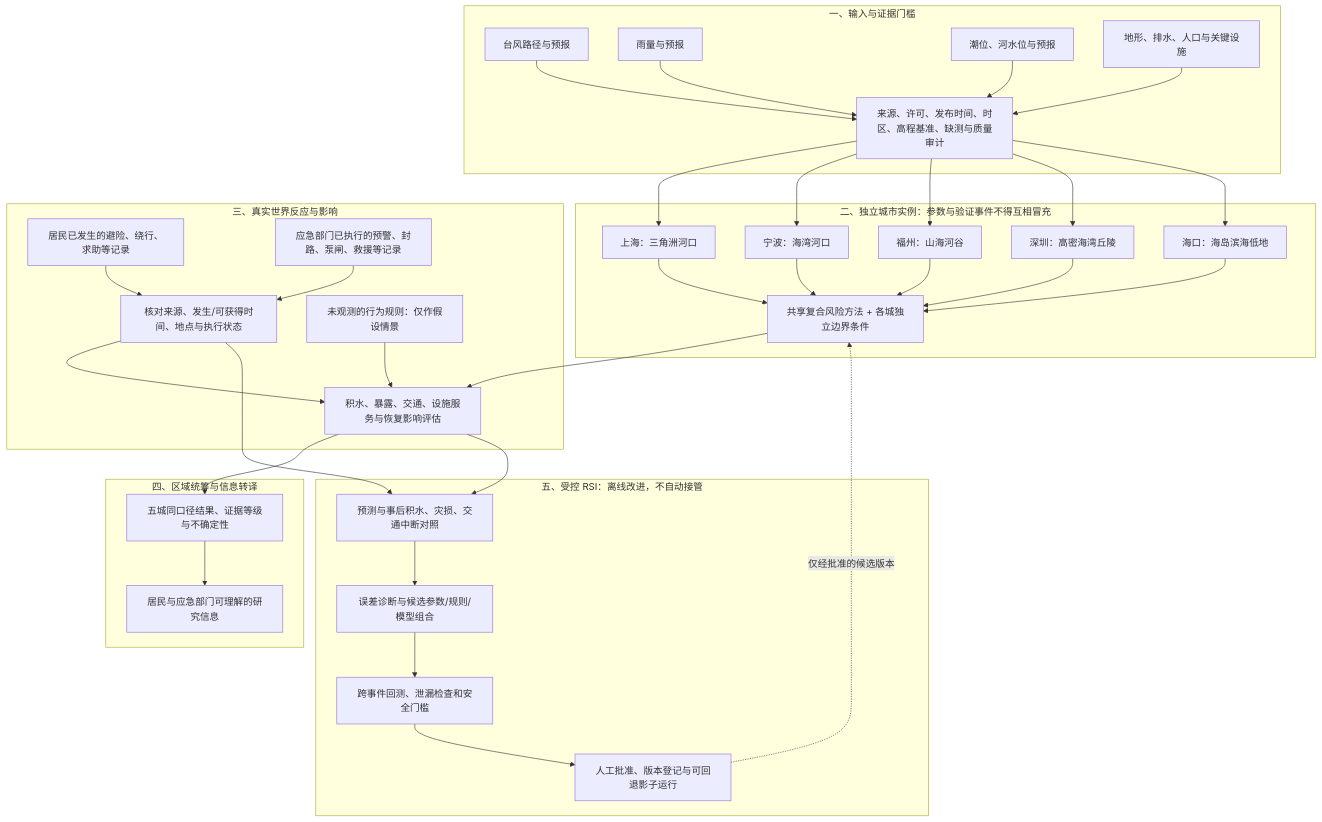
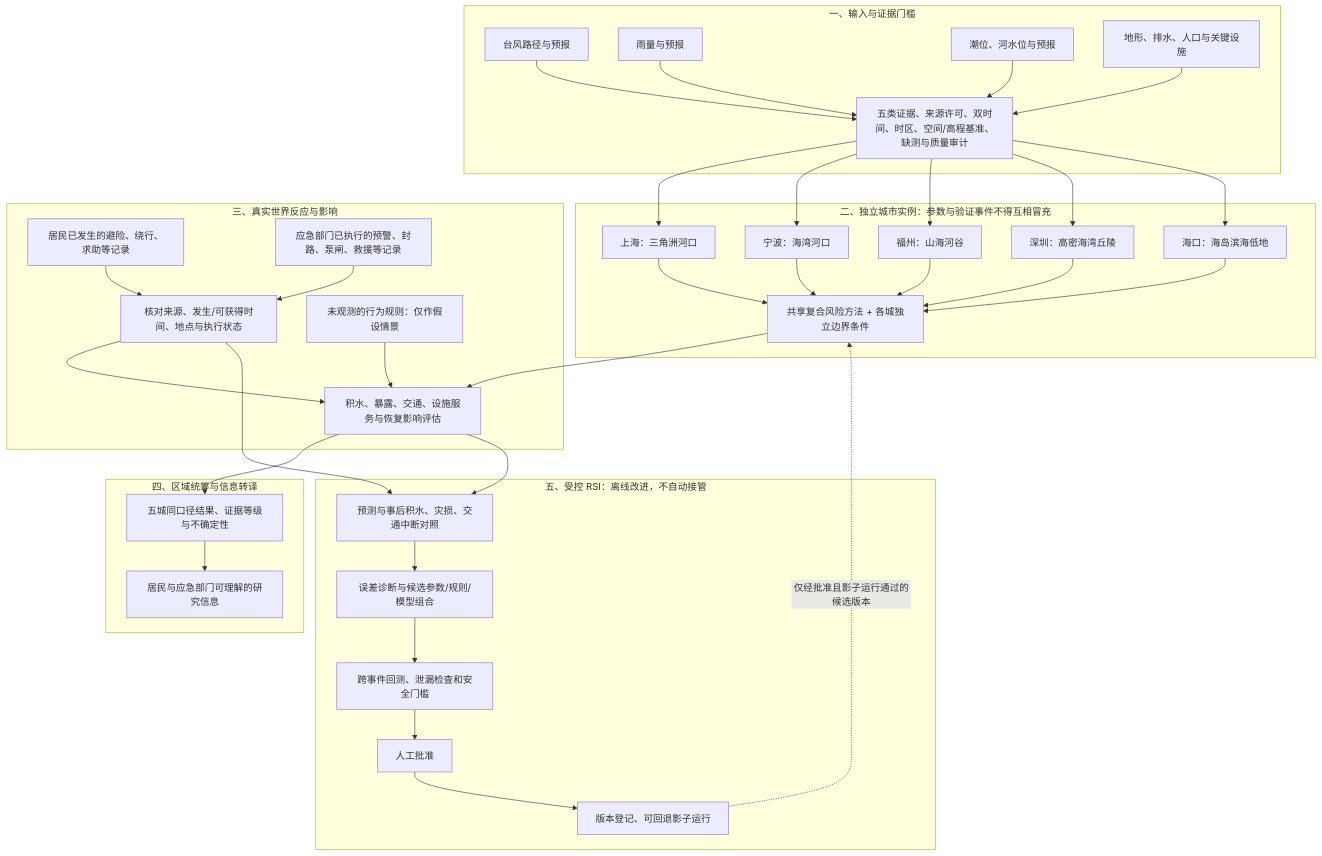
One commit to TenetJustin/cityos-flood changed the diagram in docs/SOUTHEAST_ARCHITECTURE.md. Above: the diagram before and after it, drawn with Mermaid. The commit also changed other lines of this file and 9 other files, not shown here.

````diff
--- a/docs/SOUTHEAST_ARCHITECTURE.md
+++ b/docs/SOUTHEAST_ARCHITECTURE.md
@@ -5,65 +5,66 @@
 ```mermaid
 flowchart TB
   subgraph DATA[一、输入与证据门槛]
     D1[台风路径与预报]
     D2[雨量与预报]
     D3[潮位、河水位与预报]
     D4[地形、排水、人口与关键设施]
-    Q[来源、许可、发布时间、时区、高程基准、缺测与质量审计]
+    Q[五类证据、来源许可、双时间、时区、空间/高程基准、缺测与质量审计]
     D1 --> Q
     D2 --> Q
     D3 --> Q
     D4 --> Q
   end
 
   subgraph CITY[二、独立城市实例：参数与验证事件不得互相冒充]
     SH[上海：三角洲河口]
     NB[宁波：海湾河口]
     FZ[福州：山海河谷]
     SZ[深圳：高密海湾丘陵]
     HK[海口：海岛滨海低地]
     M[共享复合风险方法 + 各城独立边界条件]
     SH --> M
     NB --> M
     FZ --> M
     SZ --> M
     HK --> M
   end
 
   subgraph REAL[三、真实世界反应与影响]
     R[居民已发生的避险、绕行、求助等记录]
     E[应急部门已执行的预警、封路、泵闸、救援等记录]
     V[核对来源、发生/可获得时间、地点与执行状态]
     H[未观测的行为规则：仅作假设情景]
     I[积水、暴露、交通、设施服务与恢复影响评估]
     R --> V
     E --> V
     V --> I
     H --> I
   end
 
   subgraph REGION[四、区域统筹与信息转译]
     T[五城同口径结果、证据等级与不确定性]
     O[居民与应急部门可理解的研究信息]
     T --> O
   end
 
   subgraph RSI[五、受控 RSI：离线改进，不自动接管]
     G[预测与事后积水、灾损、交通中断对照]
     X[误差诊断与候选参数/规则/模型组合]
     B[跨事件回测、泄漏检查和安全门槛]
-    A[人工批准、版本登记与可回退影子运行]
-    G --> X --> B --> A
+    A[人工批准]
+    S[版本登记、可回退影子运行]
+    G --> X --> B --> A --> S
   end
 
   Q --> SH
   Q --> NB
   Q --> FZ
   Q --> SZ
   Q --> HK
   M --> I
   I --> T
   I --> G
   V --> G
-  A -.->|仅经批准的候选版本| M
+  S -.->|仅经批准且影子运行通过的候选版本| M
 ```
````
